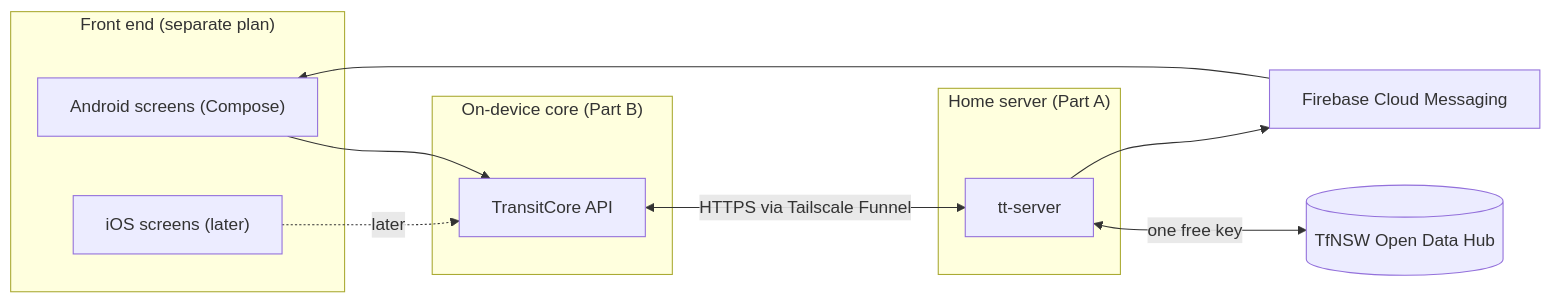
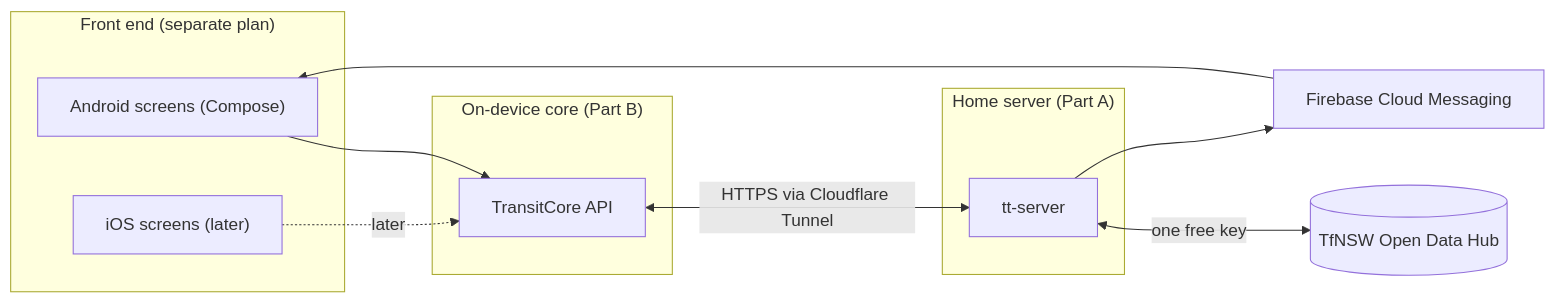
The first of 2 diagrams in docs/transittracker-backend-plan.md (finnjones/TransitTracker), drawn with Mermaid before and after one commit. The commit also changed other lines of this file and 8 other files, not shown here.

First line of the commit message:
Switch home-server exposure to Cloudflare Tunnel; add Proxmox LXC hand-off prompt

````diff
--- a/docs/transittracker-backend-plan.md
+++ b/docs/transittracker-backend-plan.md
@@ -56,20 +59,20 @@
 ```mermaid
 flowchart LR
   subgraph FE["Front end (separate plan)"]
     UI["Android screens (Compose)"]
     IOSUI["iOS screens (later)"]
   end
   subgraph Core["On-device core (Part B)"]
     Facade["TransitCore API"]
   end
   subgraph Home["Home server (Part A)"]
     API["tt-server"]
   end
   TfNSW[("TfNSW Open Data Hub")]
   FCM["Firebase Cloud Messaging"]
   UI --> Facade
   IOSUI -.later.-> Facade
-  Facade <-->|"HTTPS via Tailscale Funnel"| API
+  Facade <-->|"HTTPS via Cloudflare Tunnel"| API
   API <-->|"one free key"| TfNSW
   API --> FCM --> UI
 ```
````
